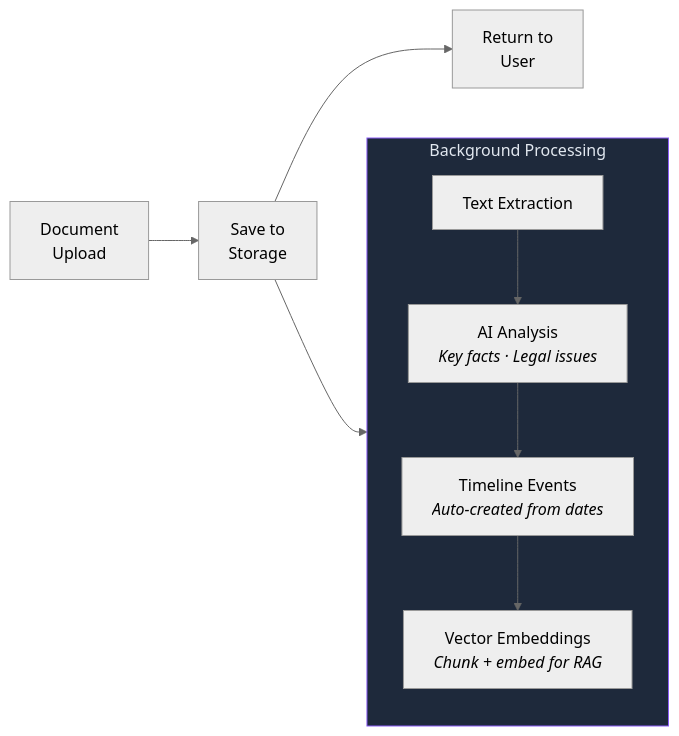
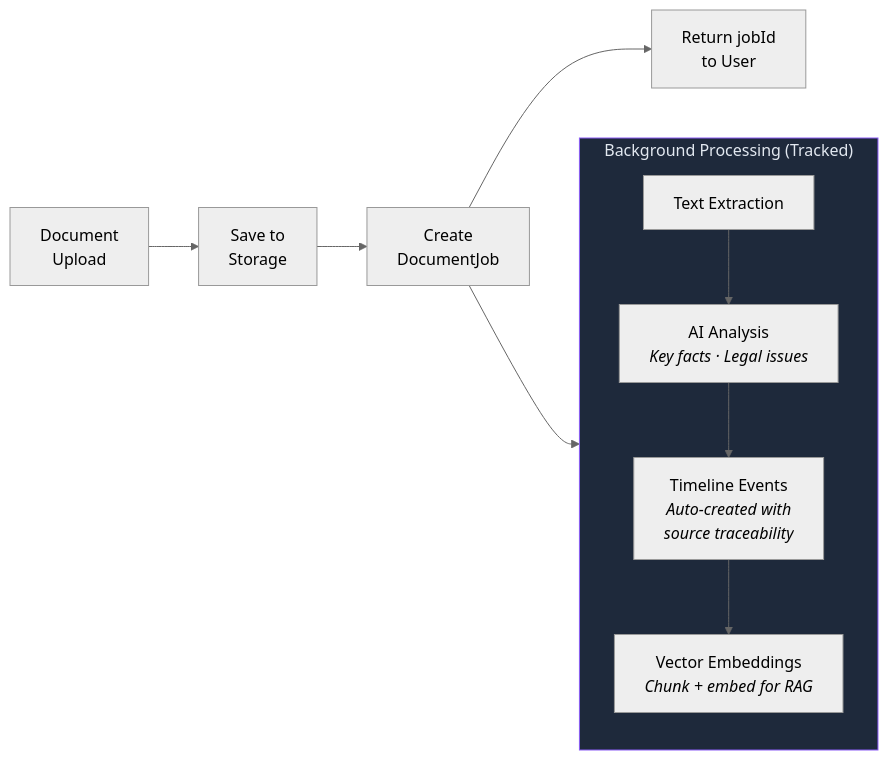
One commit to EolaFam1828/AetherLegalIntelligence changed the fifth of 11 diagrams in ARCHITECTURE.md. Above: the diagram before and after it, drawn with Mermaid (neutral theme). The commit also changed other lines of this file and 2 other files, not shown here.

First line of the commit message:
Update docs for v2.2.0: executive brief, job tracking, source traceability, Zod validation

````diff
--- a/ARCHITECTURE.md
+++ b/ARCHITECTURE.md
@@ -184,18 +184,19 @@
 ```mermaid
 flowchart LR
     UPLOAD["Document<br/>Upload"] --> SAVE["Save to<br/>Storage"]
-    SAVE --> RESPOND["Return to<br/>User"]
-    SAVE --> ASYNC["Async Pipeline"]
+    SAVE --> JOB["Create<br/>DocumentJob"]
+    JOB --> RESPOND["Return jobId<br/>to User"]
+    JOB --> ASYNC["Async Pipeline"]
 
-    subgraph ASYNC["Background Processing"]
+    subgraph ASYNC["Background Processing (Tracked)"]
         direction TB
         TEXT["Text Extraction"]
         ANALYZE["AI Analysis<br/><i>Key facts · Legal issues</i>"]
-        TIMELINE["Timeline Events<br/><i>Auto-created from dates</i>"]
+        TIMELINE["Timeline Events<br/><i>Auto-created with<br/>source traceability</i>"]
         VECTORS["Vector Embeddings<br/><i>Chunk + embed for RAG</i>"]
 
         TEXT --> ANALYZE --> TIMELINE --> VECTORS
     end
 
     style ASYNC fill:#1e293b,stroke:#8b5cf6,color:#e2e8f0
 ```
````
